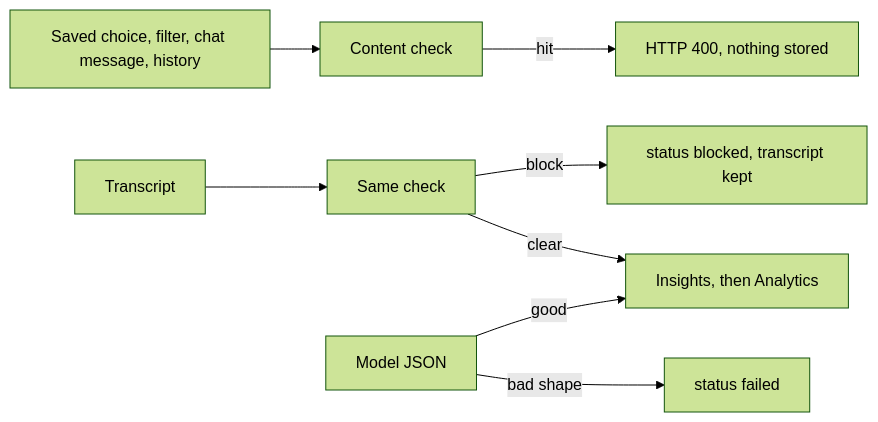
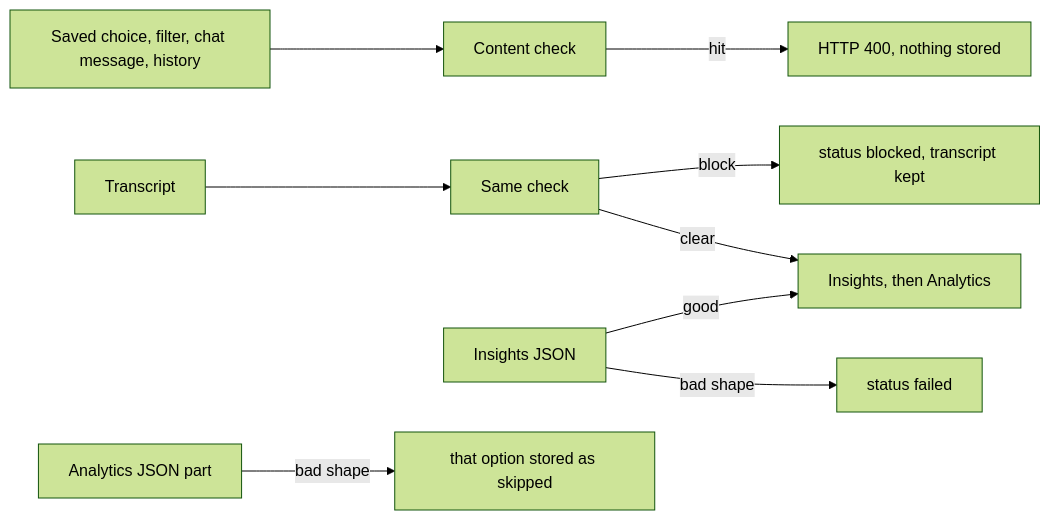
Before and after one commit to highprincezero/wn-voice-analytics: the second of 3 diagrams in docs/guardrails.md, drawn with Mermaid (forest theme). The commit also changed other lines of this file and 12 other files, not shown here.

````diff
--- a/docs/guardrails.md
+++ b/docs/guardrails.md
@@ -25,10 +25,11 @@
 ```mermaid
 flowchart LR
   text[Saved choice, filter, chat message, history] --> check[Content check]
   check -->|hit| stop[HTTP 400, nothing stored]
   words[Transcript] --> again[Same check]
   again -->|block| blocked[status blocked, transcript kept]
   again -->|clear| next[Insights, then Analytics]
-  shape[Model JSON] -->|bad shape| failed[status failed]
+  shape[Insights JSON] -->|bad shape| failed[status failed]
   shape -->|good| next
+  part[Analytics JSON part] -->|bad shape| skipped[that option stored as skipped]
 ```
````
